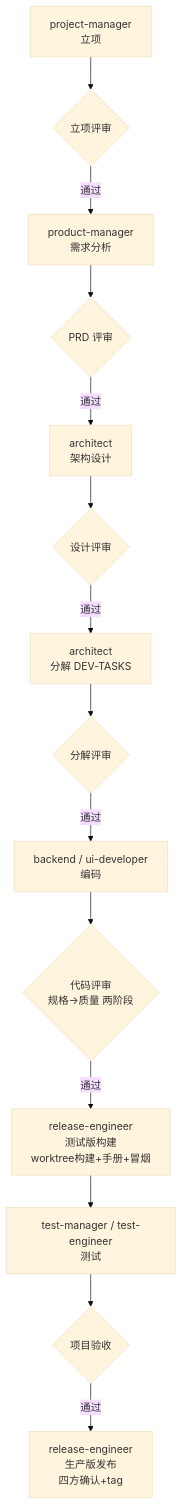
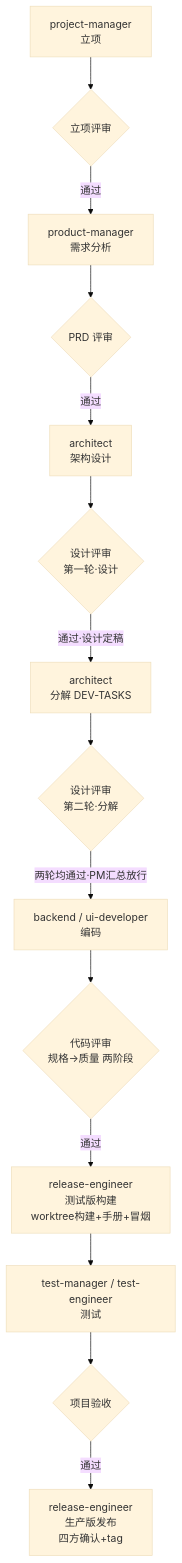
The diagram in README.md (newbeans1118/virtual-team), drawn with Mermaid (base theme) before and after one commit. The commit also changed other lines of this file and 40 other files, not shown here.

````diff
--- a/README.md
+++ b/README.md
@@ -48,16 +50,16 @@
 ```mermaid
 flowchart TD
   PM[project-manager<br/>立项] --> PRJ{立项评审}
   PRJ -->|通过| PROD[product-manager<br/>需求分析]
   PROD --> RR{PRD 评审}
   RR -->|通过| ARCH[architect<br/>架构设计]
-  ARCH --> DR{设计评审}
-  DR -->|通过| TASK[architect<br/>分解 DEV-TASKS]
-  TASK --> TR{分解评审}
-  TR -->|通过| DEV[backend / ui-developer<br/>编码]
+  ARCH --> DR1{设计评审<br/>第一轮·设计}
+  DR1 -->|通过·设计定稿| TASK[architect<br/>分解 DEV-TASKS]
+  TASK --> DR2{设计评审<br/>第二轮·分解}
+  DR2 -->|两轮均通过·PM汇总放行| DEV[backend / ui-developer<br/>编码]
   DEV --> CR{代码评审<br/>规格→质量 两阶段}
   CR -->|通过| TB[release-engineer<br/>测试版构建<br/>worktree构建+手册+冒烟]
   TB --> TEST[test-manager / test-engineer<br/>测试]
   TEST --> ACC{项目验收}
   ACC -->|通过| REL[release-engineer<br/>生产版发布<br/>四方确认+tag]
 ```
````
